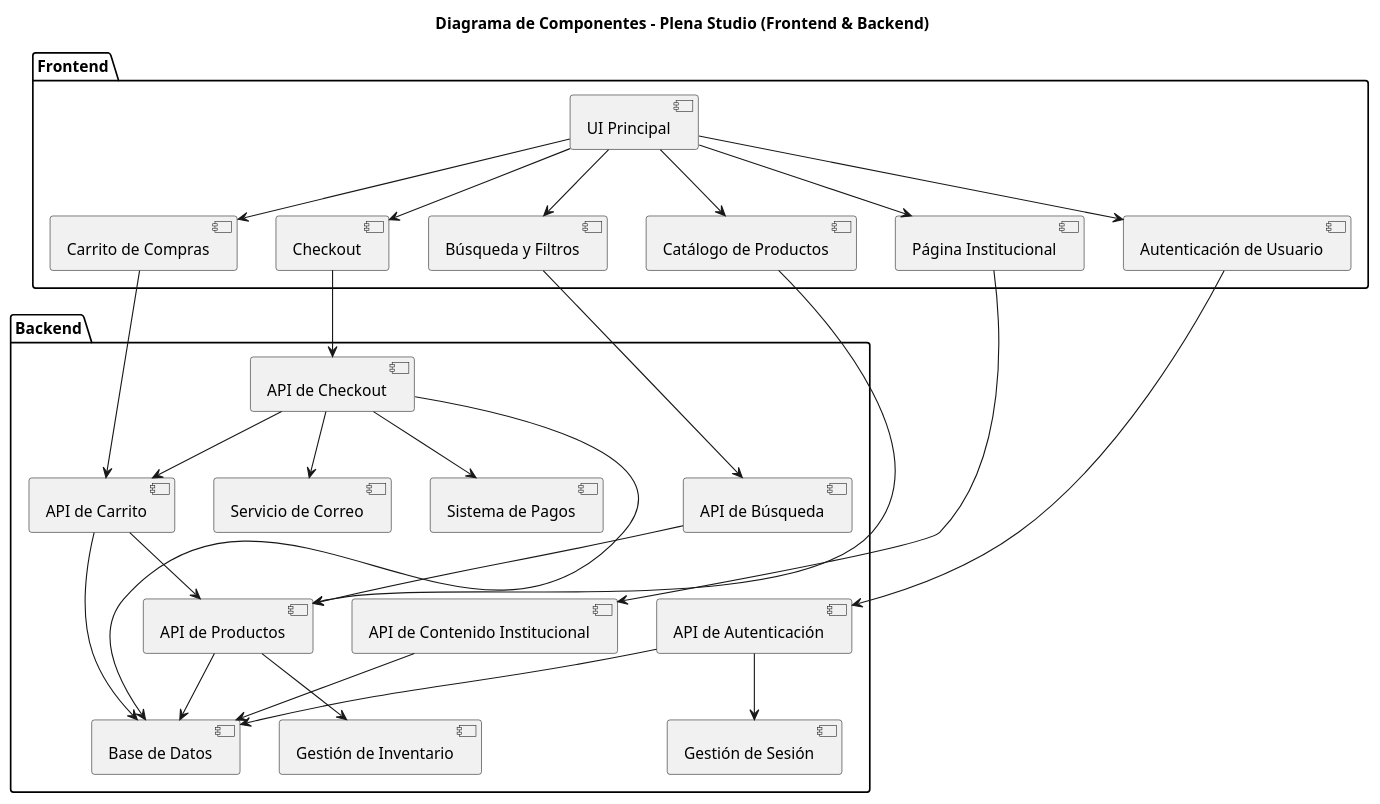
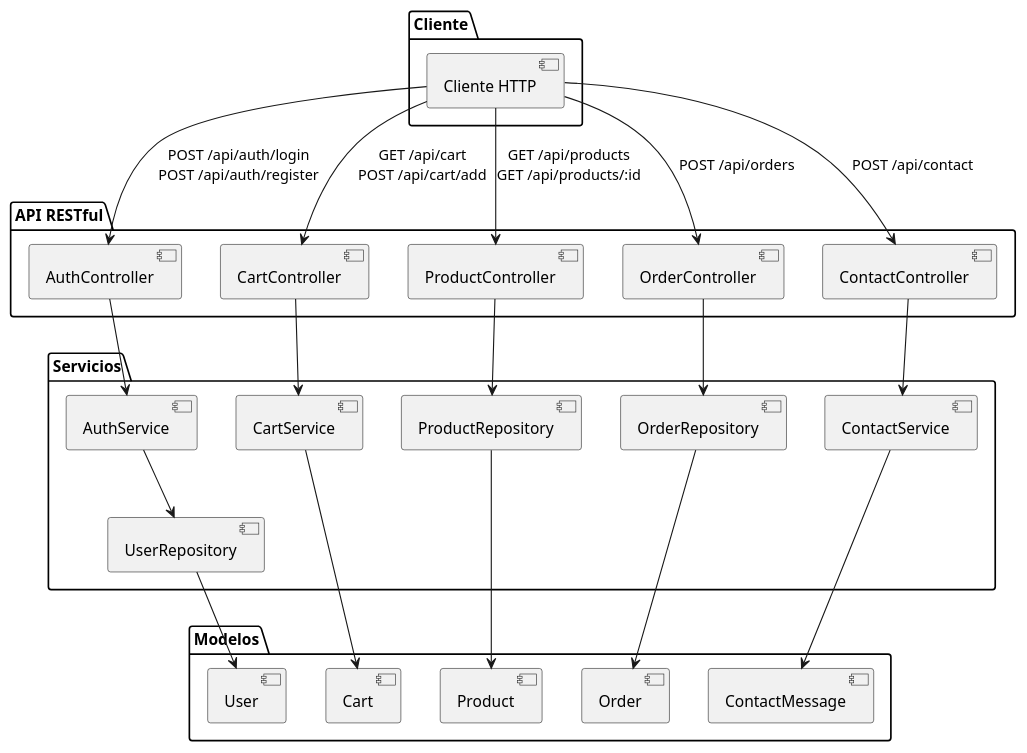
One commit to wilmereleon/PlenaStudio changed the diagram in Diagramas/PUML/diagrama_componentes.puml. Above: the diagram before and after it, drawn with PlantUML. The commit also changed 3 other files, not shown here.

Commit message:
Correccion de RegisterForm y diseño de mitad de diagrama de clases Backend

```diff
--- a/Diagramas/PUML/diagrama_componentes.puml
+++ b/Diagramas/PUML/diagrama_componentes.puml
@@ -1,56 +1,55 @@
 @startuml
-title Diagrama de Componentes - Plena Studio (Frontend & Backend)
+' Diagrama de Componentes para evidenciar la API RESTful
 
-package "Frontend" {
-  [UI Principal] as UI
-  [Catálogo de Productos] as Catalogo
-  [Carrito de Compras] as Carrito
-  [Checkout] as Checkout
-  [Autenticación de Usuario] as AuthFront
-  [Búsqueda y Filtros] as BusquedaFiltros
-  [Página Institucional] as Institucional
-
-  UI --> Catalogo
-  UI --> Carrito
-  UI --> Checkout
-  UI --> AuthFront
-  UI --> BusquedaFiltros
-  UI --> Institucional
+package "Cliente" {
+  [Cliente HTTP]
 }
 
-package "Backend" {
-  [API de Autenticación] as AuthAPI
-  [API de Productos] as ProductosAPI
-  [API de Carrito] as CarritoAPI
-  [API de Checkout] as CheckoutAPI
-  [API de Búsqueda] as BusquedaAPI
-  [API de Contenido Institucional] as InstitucionalAPI
-  [Gestión de Sesión] as Sesion
-  [Gestión de Inventario] as Inventario
-  [Sistema de Pagos] as Pagos
-  [Servicio de Correo] as Correo
-  [Base de Datos] as DB
-
-  AuthAPI --> Sesion
-  AuthAPI --> DB
-  ProductosAPI --> Inventario
-  ProductosAPI --> DB
-  CarritoAPI --> ProductosAPI
-  CarritoAPI --> DB
-  CheckoutAPI --> CarritoAPI
-  CheckoutAPI --> Pagos
-  CheckoutAPI --> Correo
-  CheckoutAPI --> DB
-  BusquedaAPI --> ProductosAPI
-  InstitucionalAPI --> DB
+package "API RESTful" {
+  [AuthController]
+  [CartController]
+  [ProductController]
+  [OrderController]
+  [ContactController]
 }
 
-' Relaciones Frontend <-> Backend
-AuthFront --> AuthAPI
-Catalogo --> ProductosAPI
-Carrito --> CarritoAPI
-Checkout --> CheckoutAPI
-BusquedaFiltros --> BusquedaAPI
-Institucional --> InstitucionalAPI
+package "Servicios" {
+  [AuthService]
+  [CartService]
+  [ContactService]
+  [OrderRepository]
+  [UserRepository]
+  [ProductRepository]
+}
+
+package "Modelos" {
+  [User]
+  [Product]
+  [Order]
+  [ContactMessage]
+  [Cart]
+}
+
+' Relaciones Cliente -> API RESTful (endpoints)
+[Cliente HTTP] --> [AuthController] : POST /api/auth/login\nPOST /api/auth/register
+[Cliente HTTP] --> [CartController] : GET /api/cart\nPOST /api/cart/add
+[Cliente HTTP] --> [ProductController] : GET /api/products\nGET /api/products/:id
+[Cliente HTTP] --> [OrderController] : POST /api/orders
+[Cliente HTTP] --> [ContactController] : POST /api/contact
+
+' Relaciones API RESTful -> Servicios
+[AuthController] --> [AuthService]
+[CartController] --> [CartService]
+[ProductController] --> [ProductRepository]
+[OrderController] --> [OrderRepository]
+[ContactController] --> [ContactService]
+
+' Relaciones Servicios -> Repositorios/Modelos
+[AuthService] --> [UserRepository]
+[CartService] --> [Cart]
+[ContactService] --> [ContactMessage]
+[OrderRepository] --> [Order]
+[UserRepository] --> [User]
+[ProductRepository] --> [Product]
 
 @enduml
```
